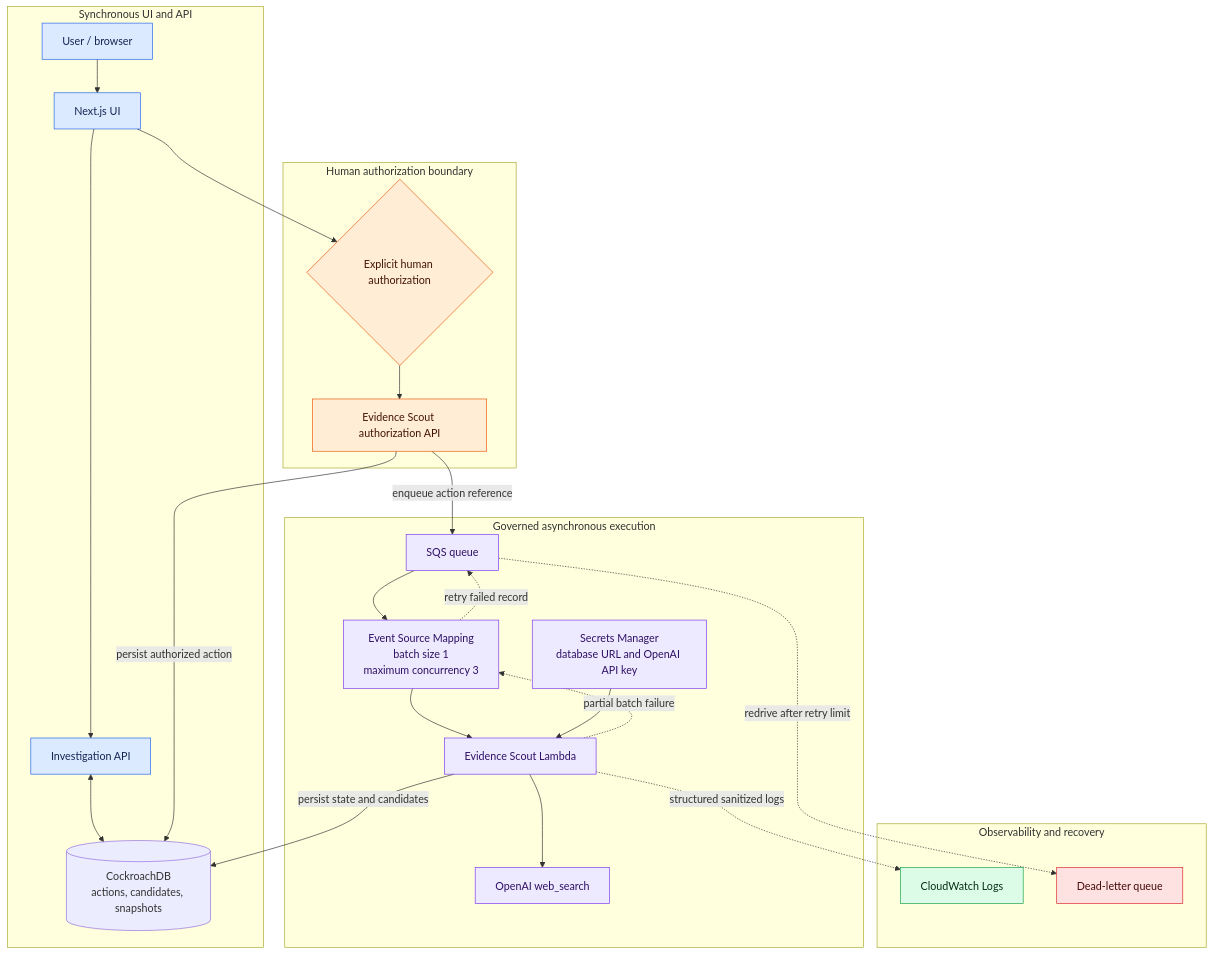
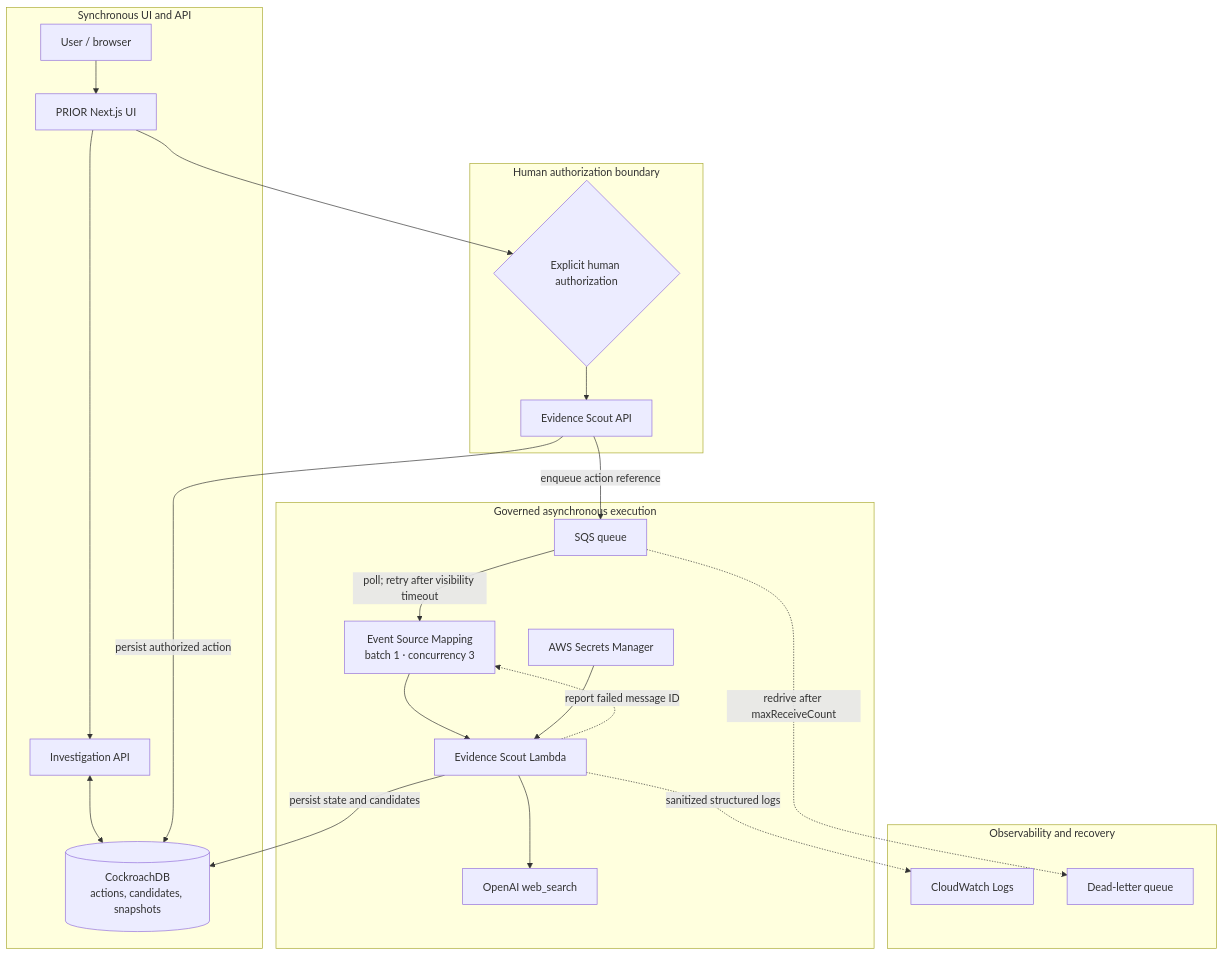
Before and after one commit to aiwhisperer11/prior: the diagram in README.md, drawn with Mermaid. The commit also changed other lines of this file, not shown here.

First line of the commit message:
Revise README for clarity on PRIOR system

````diff
--- a/README.md
+++ b/README.md
@@ -228,41 +84,29 @@
 ```mermaid
 flowchart TD
   subgraph Sync["Synchronous UI and API"]
-    User["User / browser"] --> UI["Next.js UI"]
+    User["User / browser"] --> UI["PRIOR Next.js UI"]
     UI --> InvestigationAPI["Investigation API"]
     InvestigationAPI <--> DB[("CockroachDB<br/>actions, candidates, snapshots")]
   end
 
   subgraph Human["Human authorization boundary"]
     UI --> Gate{"Explicit human authorization"}
-    Gate --> SearchAPI["Evidence Scout authorization API"]
+    Gate --> SearchAPI["Evidence Scout API"]
   end
 
   subgraph Async["Governed asynchronous execution"]
     SearchAPI -->|"persist authorized action"| DB
     SearchAPI -->|"enqueue action reference"| SQS["SQS queue"]
-    SQS --> ESM["Event Source Mapping<br/>batch size 1<br/>maximum concurrency 3"]
+    SQS -->|"poll; retry after visibility timeout"| ESM["Event Source Mapping<br/>batch 1 · concurrency 3"]
     ESM --> Lambda["Evidence Scout Lambda"]
-    Secrets["Secrets Manager<br/>database URL and OpenAI API key"] --> Lambda
+    Secrets["AWS Secrets Manager"] --> Lambda
     Lambda --> Search["OpenAI web_search"]
     Lambda -->|"persist state and candidates"| DB
   end
 
   subgraph Recovery["Observability and recovery"]
-    Lambda -.->|"structured sanitized logs"| Logs["CloudWatch Logs"]
-    Lambda -.->|"partial batch failure"| ESM
-    ESM -.->|"retry failed record"| SQS
-    SQS -.->|"redrive after retry limit"| DLQ["Dead-letter queue"]
+    Lambda -.->|"sanitized structured logs"| Logs["CloudWatch Logs"]
+    Lambda -.->|"report failed message ID"| ESM
+    SQS -.->|"redrive after maxReceiveCount"| DLQ["Dead-letter queue"]
   end
-
-  classDef sync fill:#dbeafe,stroke:#2563eb,color:#172554;
-  classDef human fill:#ffedd5,stroke:#ea580c,color:#431407;
-  classDef async fill:#ede9fe,stroke:#7c3aed,color:#2e1065;
-  classDef observe fill:#dcfce7,stroke:#16a34a,color:#052e16;
-  classDef recover fill:#fee2e2,stroke:#dc2626,color:#450a0a;
-  class User,UI,InvestigationAPI sync;
-  class Gate,SearchAPI human;
-  class SQS,ESM,Lambda,Secrets,Search async;
-  class Logs observe;
-  class DLQ recover;
 ```
````
